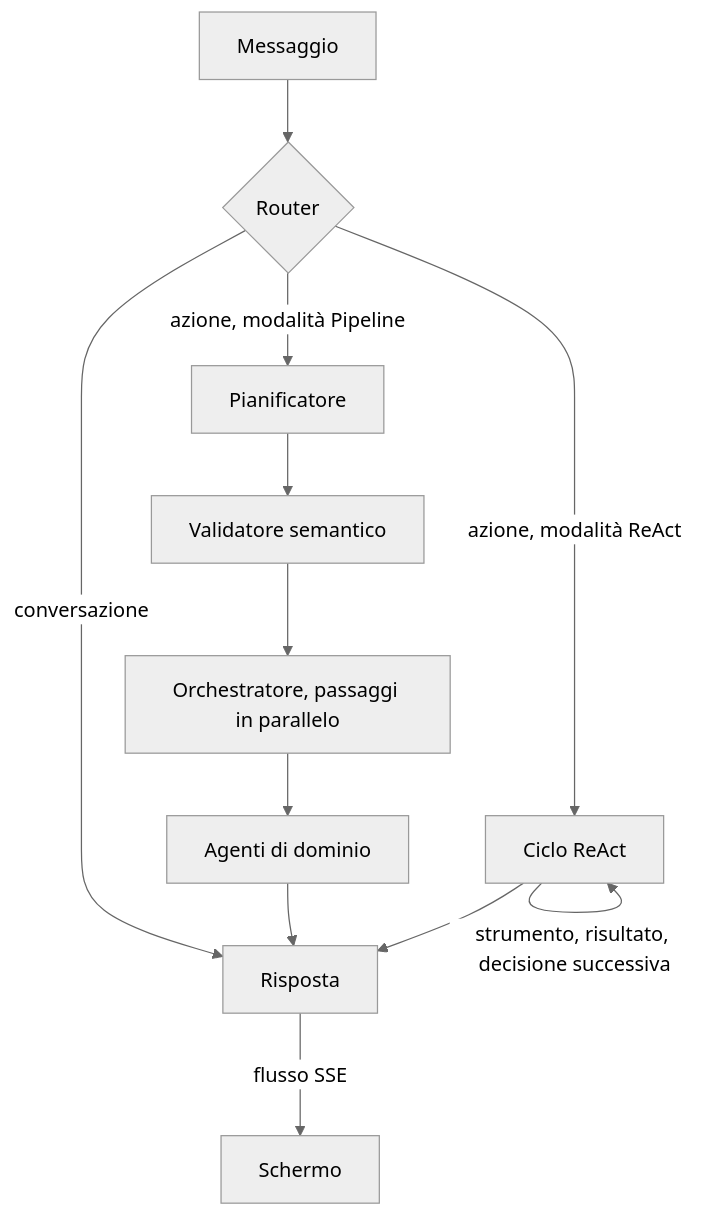
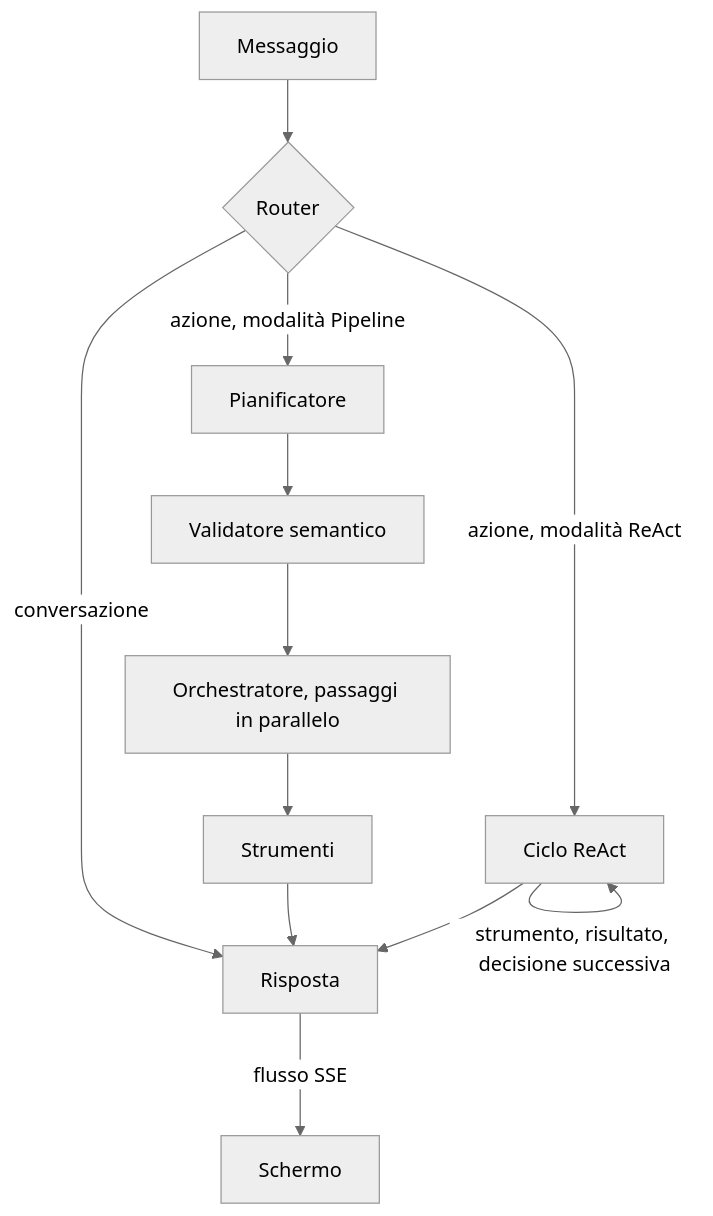
The second of 4 diagrams in apps/web/src/data/guides/how.it.md (jgouviergmail/LIA-Assistant), drawn with Mermaid (neutral theme) before and after one commit. The commit also changed other lines of this file and 612 other files, not shown here.

````diff
--- a/apps/web/src/data/guides/how.it.md
+++ b/apps/web/src/data/guides/how.it.md
@@ -86,14 +86,14 @@
 ```mermaid
 flowchart TD
     M["Messaggio"] --> R{"Router"}
     R -->|"conversazione"| S["Risposta"]
     R -->|"azione, modalità Pipeline"| P["Pianificatore"]
     P --> V["Validatore semantico"]
     V --> O["Orchestratore, passaggi in parallelo"]
-    O --> A["Agenti di dominio"]
+    O --> A["Strumenti"]
     A --> S
     R -->|"azione, modalità ReAct"| L["Ciclo ReAct"]
     L -->|"strumento, risultato, decisione successiva"| L
     L --> S
     S -->|"flusso SSE"| U["Schermo"]
 ```
````
